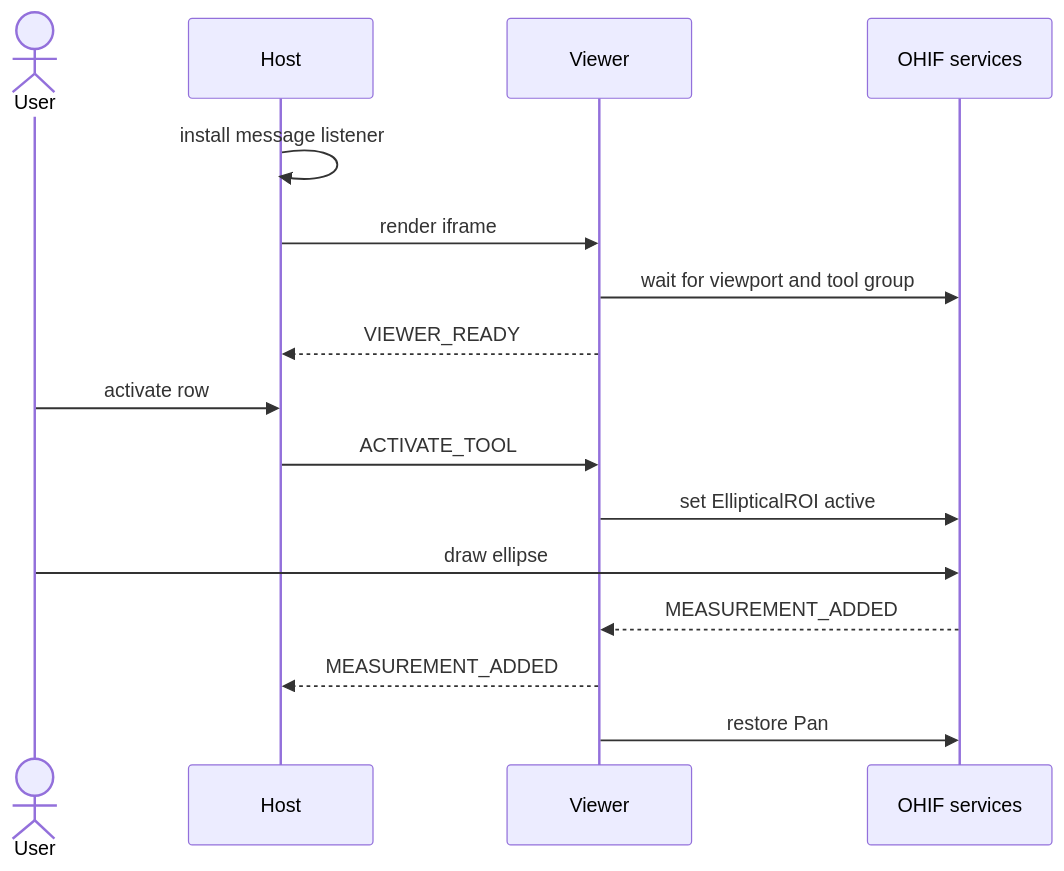
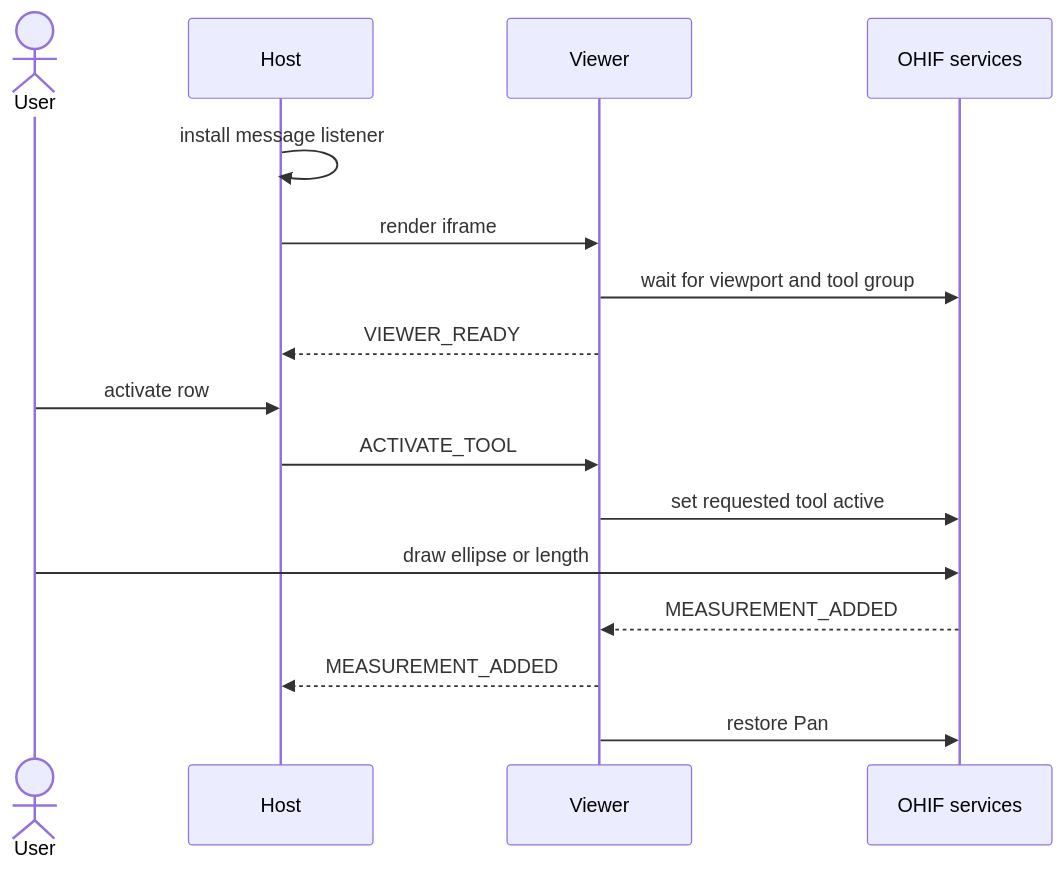
Before and after one commit to KhomenkoSerhii/spsoft-viewer-scoring-form: the second of 2 diagrams in ARCHITECTURE.md, drawn with Mermaid. The commit also changed other lines of this file and 25 other files, not shown here.

````diff
--- a/ARCHITECTURE.md
+++ b/ARCHITECTURE.md
@@ -106,19 +117,19 @@
 ```mermaid
 sequenceDiagram
   actor User
   participant Host
   participant Viewer
   participant OHIF as OHIF services
 
   Host->>Host: install message listener
   Host->>Viewer: render iframe
   Viewer->>OHIF: wait for viewport and tool group
   Viewer-->>Host: VIEWER_READY
   User->>Host: activate row
   Host->>Viewer: ACTIVATE_TOOL
-  Viewer->>OHIF: set EllipticalROI active
-  User->>OHIF: draw ellipse
+  Viewer->>OHIF: set requested tool active
+  User->>OHIF: draw ellipse or length
   OHIF-->>Viewer: MEASUREMENT_ADDED
   Viewer-->>Host: MEASUREMENT_ADDED
   Viewer->>OHIF: restore Pan
 ```
````
